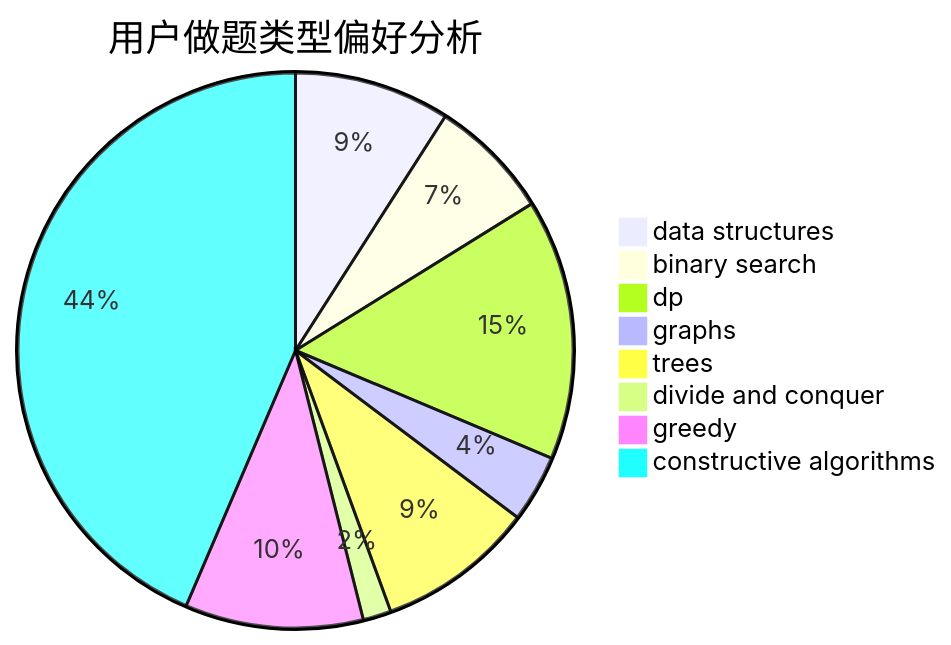
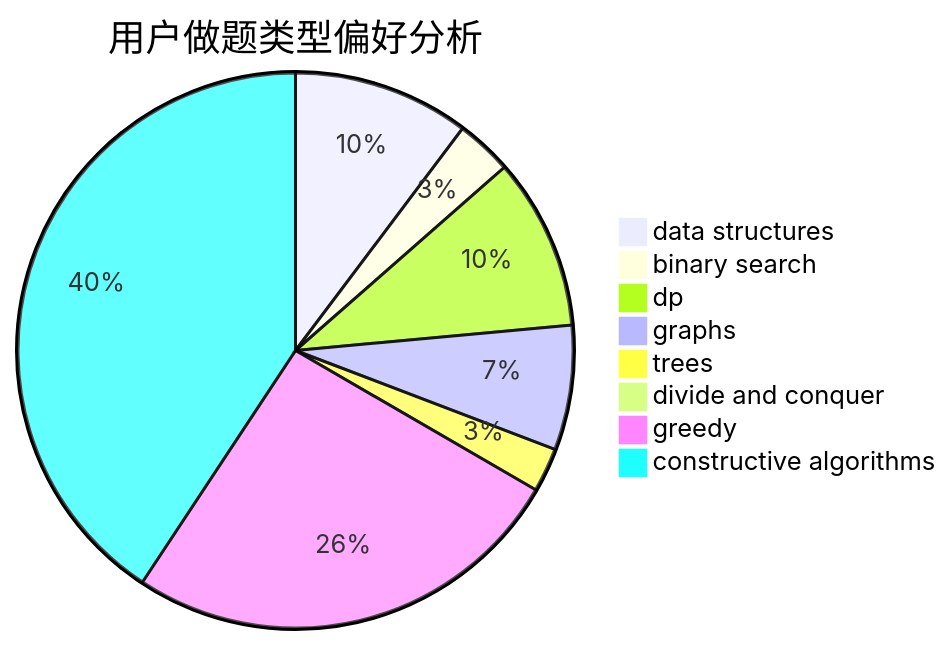
One commit to sherpahu/cfrs.github.io changed the second of 3 diagrams in docs/user/u342.md. Above: the diagram before and after it, drawn with Mermaid. The commit also changed other lines of this file and 2770 other files, not shown here.

````diff
--- a/docs/user/u342.md
+++ b/docs/user/u342.md
@@ -23,11 +23,11 @@
 ```mermaid
 pie title 用户做题类型偏好分析
-    "data structures" :  83
-    "binary search" :  65
-    "dp" :  139
-    "graphs" :  36
-    "trees" :  84
-    "divide and conquer" :  15
-    "greedy" :  95
-    "constructive algorithms" :  399
+    "data structures" :  116
+    "binary search" :  37
+    "dp" :  113
+    "graphs" :  82
+    "trees" :  29
+    "divide and conquer" :  9
+    "greedy" :  293
+    "constructive algorithms" :  460
 ```
````
